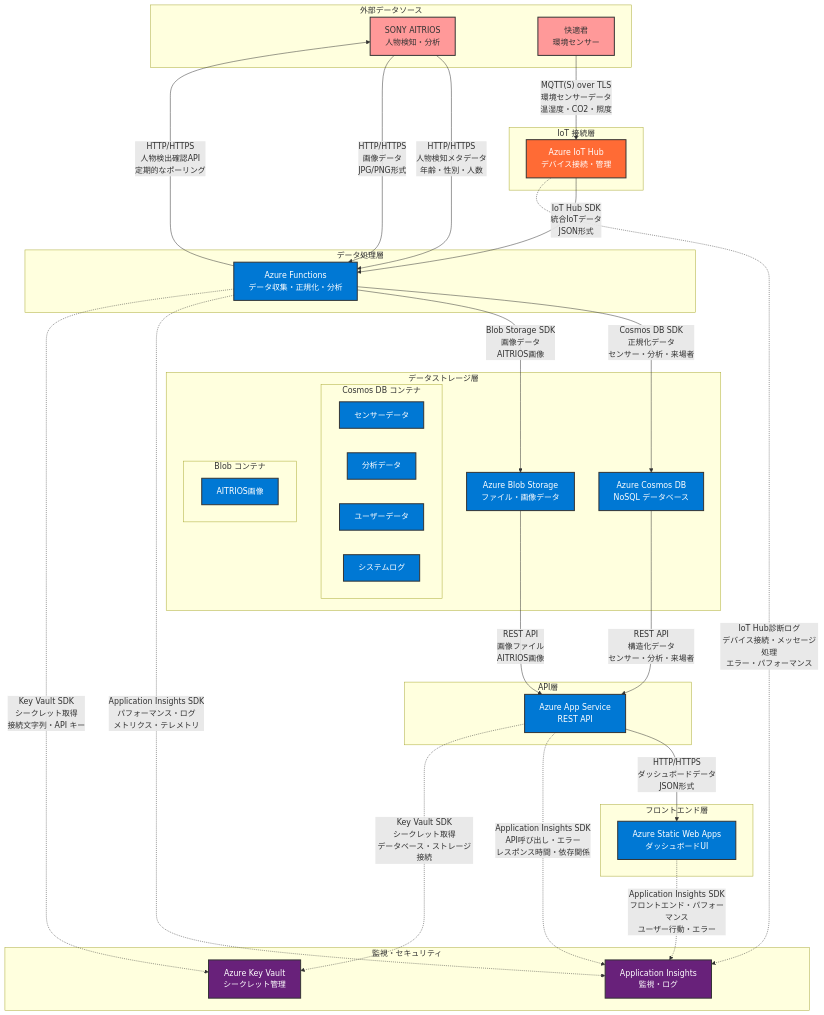
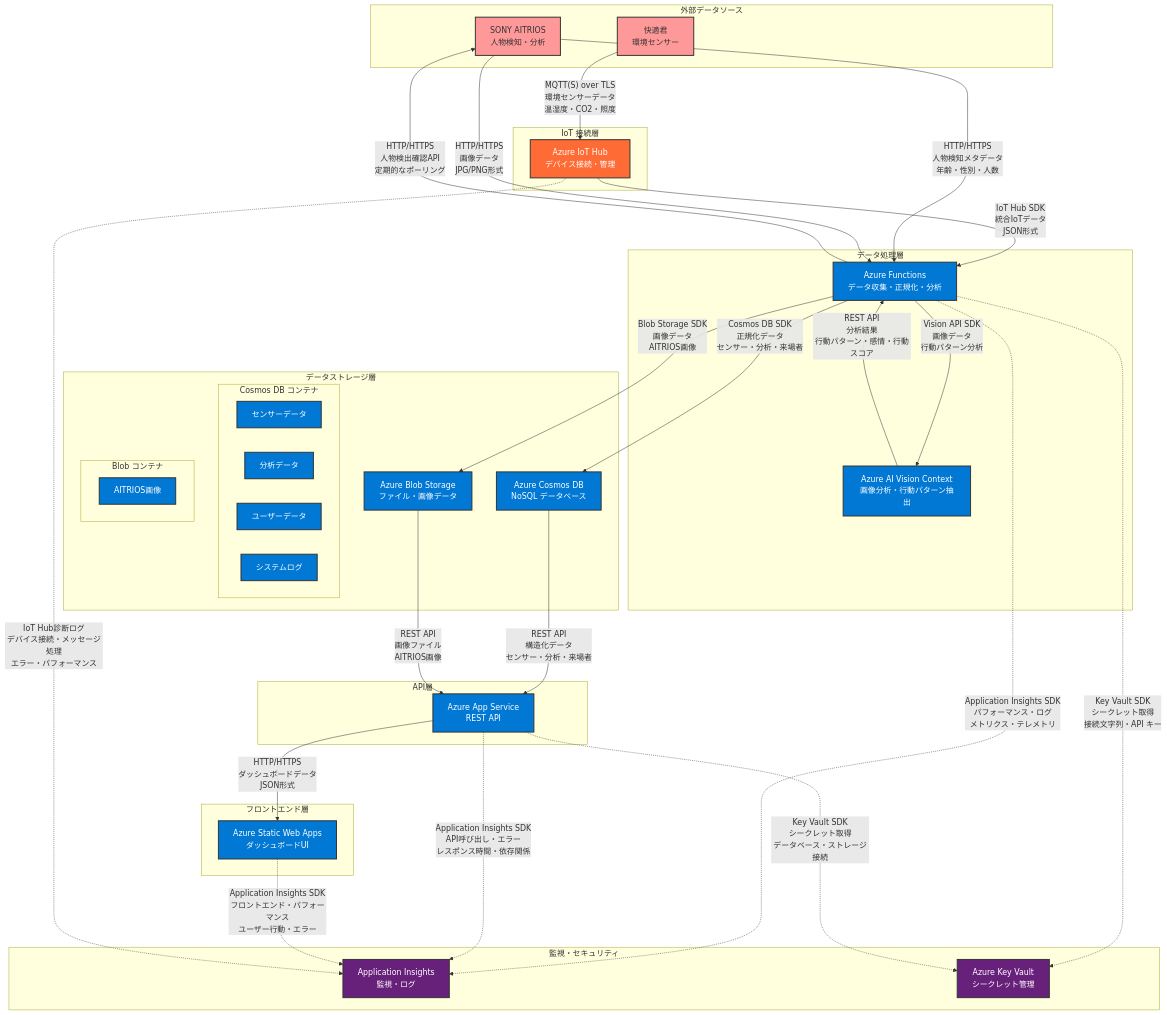
The diagram in ARCHITECTURE.md (NakamuraKotaro918/microsoft-ai-labo-smart-space), drawn with Mermaid before and after one commit. The commit also changed other lines of this file, not shown here.

```diff
--- a/ARCHITECTURE.md
+++ b/ARCHITECTURE.md
@@ -19,9 +19,10 @@
         IOTHUB[Azure IoT Hub<br/>デバイス接続・管理]
     end
 
-    %% Azure Functions
+    %% データ処理層
     subgraph "データ処理層"
         FUNCTIONS[Azure Functions<br/>データ収集・正規化・分析]
+        VISION[Azure AI Vision Context<br/>画像分析・行動パターン抽出]
     end
 
     %% データストレージ層
@@ -60,13 +61,21 @@
     end
 
     %% データフロー
+    %% 1. 外部データソース → IoT接続層
+    KAITEKI -->|"MQTT(S) over TLS<br/>環境センサーデータ<br/>温湿度・CO2・照度"| IOTHUB
+    
+    %% 2. IoT接続層 → データ処理層
+    IOTHUB -->|"IoT Hub SDK<br/>統合IoTデータ<br/>JSON形式"| FUNCTIONS
+    
+    %% 3. データ処理層 → 外部データソース（常時API呼び出し）
     FUNCTIONS -->|"HTTP/HTTPS<br/>人物検出確認API<br/>定期的なポーリング"| AITRIOS
+    
+    %% 4. 外部データソース → データ処理層（人物検知時）
     AITRIOS -->|"HTTP/HTTPS<br/>人物検知メタデータ<br/>年齢・性別・人数"| FUNCTIONS
     AITRIOS -->|"HTTP/HTTPS<br/>画像データ<br/>JPG/PNG形式"| FUNCTIONS
-    KAITEKI -->|"MQTT(S) over TLS<br/>環境センサーデータ<br/>温湿度・CO2・照度"| IOTHUB
     
-    IOTHUB -->|"IoT Hub SDK<br/>統合IoTデータ<br/>JSON形式"| FUNCTIONS
-    
+    FUNCTIONS -->|"Vision API SDK<br/>画像データ<br/>行動パターン分析"| VISION
+    VISION -->|"REST API<br/>分析結果<br/>行動パターン・感情・行動スコア"| FUNCTIONS
     FUNCTIONS -->|"Cosmos DB SDK<br/>正規化データ<br/>センサー・分析・来場者"| COSMOS
     FUNCTIONS -->|"Blob Storage SDK<br/>画像データ<br/>AITRIOS画像"| BLOB
     
@@ -92,7 +101,7 @@
     classDef iot fill:#ff6b35,stroke:#333,stroke-width:2px,color:#fff
 
     class AITRIOS,KAITEKI external
-    class FUNCTIONS,API,STATIC azure
+    class FUNCTIONS,API,STATIC,VISION azure
     class COSMOS,BLOB,USERS,SYSTEM_LOGS,SENSOR,ANALYSIS,USERS,SYSTEM_LOGS,AITRIOS_IMAGES azure
     class INSIGHTS,KEYVAULT monitoring
     class IOTHUB iot
```
